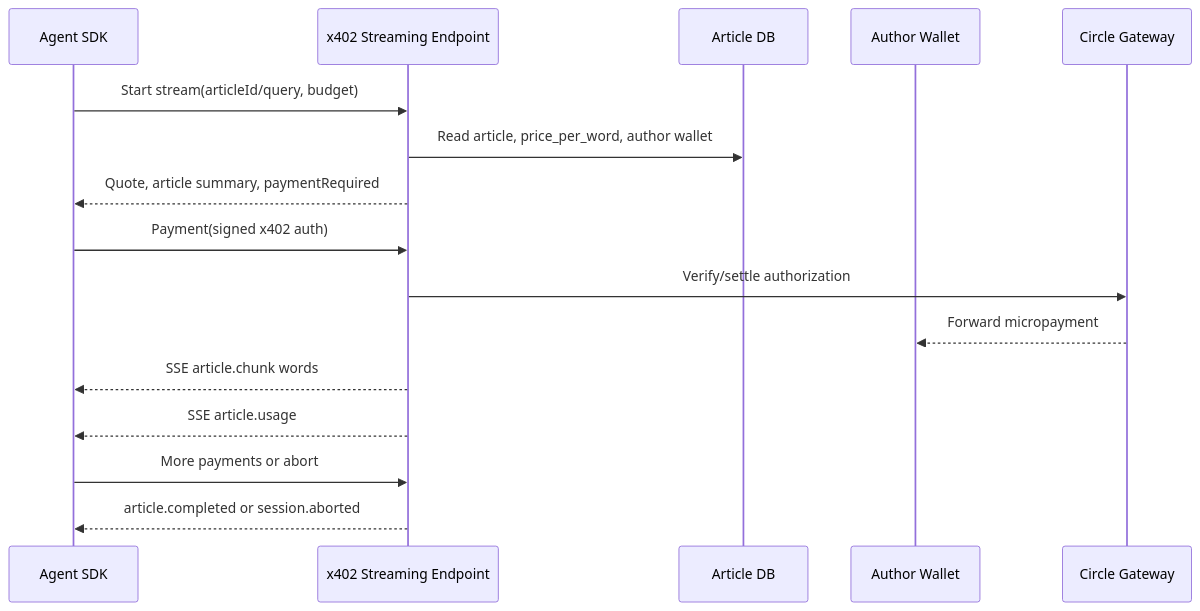
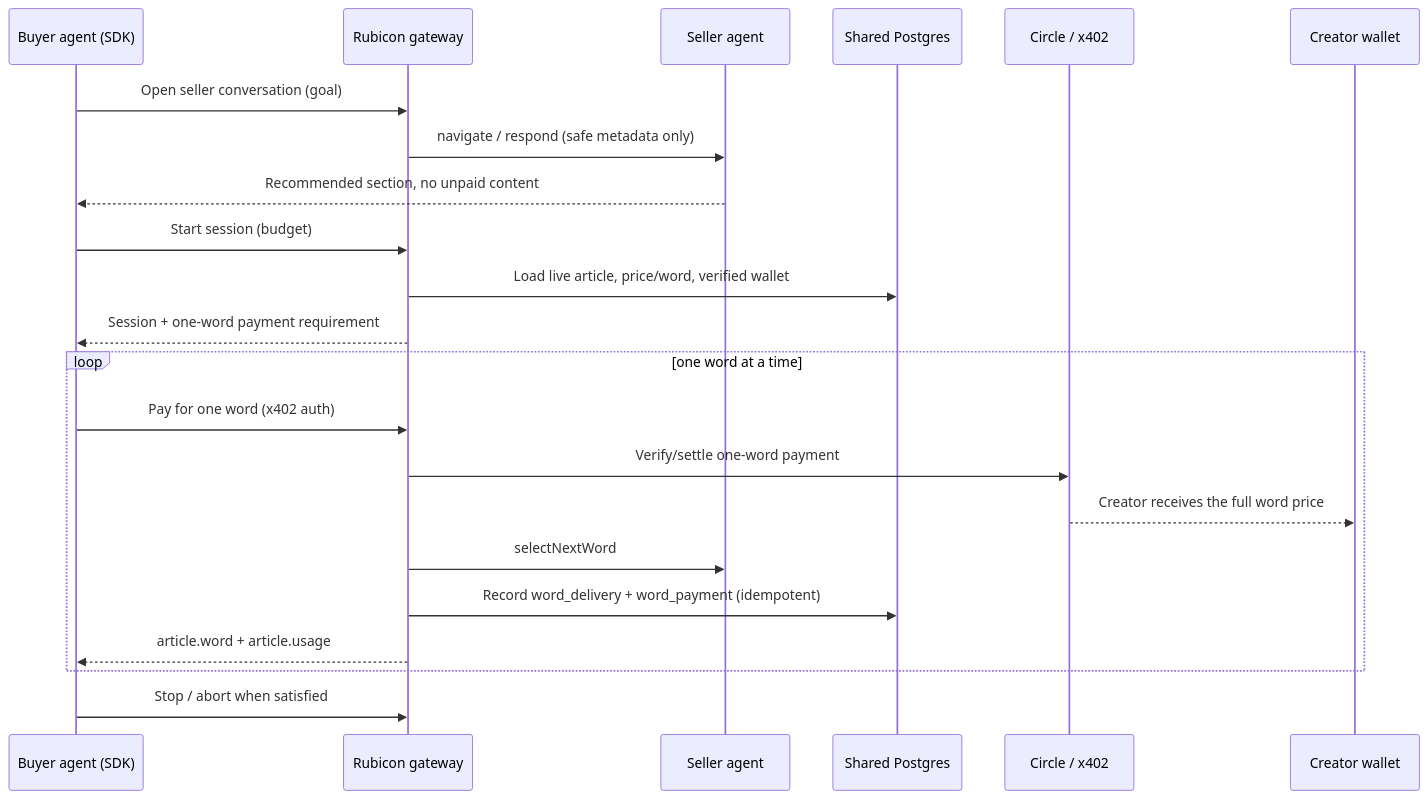
Before and after one commit to michaelzoub/rubicon: the diagram in docs/architecture.md, drawn with Mermaid. The commit also changed other lines of this file and 30 other files, not shown here.

Commit message:
feat: meter and charge per individual word, zero gateway fee

````diff
--- a/docs/architecture.md
+++ b/docs/architecture.md
@@ -8,19 +15,25 @@
 ```mermaid
 sequenceDiagram
-  participant A as Agent SDK
-  participant G as x402 Streaming Endpoint
-  participant D as Article DB
-  participant W as Author Wallet
-  participant C as Circle Gateway
+  participant B as Buyer agent (SDK)
+  participant G as Rubicon gateway
+  participant S as Seller agent
+  participant D as Shared Postgres
+  participant C as Circle / x402
+  participant W as Creator wallet
 
-  A->>G: Start stream(articleId/query, budget)
-  G->>D: Read article, price_per_word, author wallet
-  G-->>A: Quote, article summary, paymentRequired
-  A->>G: Payment(signed x402 auth)
-  G->>C: Verify/settle authorization
-  C-->>W: Forward micropayment
-  G-->>A: SSE article.chunk words
-  G-->>A: SSE article.usage
-  A->>G: More payments or abort
-  G-->>A: article.completed or session.aborted
+  B->>G: Open seller conversation (goal)
+  G->>S: navigate / respond (safe metadata only)
+  S-->>B: Recommended section, no unpaid content
+  B->>G: Start session (budget)
+  G->>D: Load live article, price/word, verified wallet
+  G-->>B: Session + one-word payment requirement
+  loop one word at a time
+    B->>G: Pay for one word (x402 auth)
+    G->>C: Verify/settle one-word payment
+    C-->>W: Creator receives the full word price
+    G->>S: selectNextWord
+    G->>D: Record word_delivery + word_payment (idempotent)
+    G-->>B: article.word + article.usage
+  end
+  B->>G: Stop / abort when satisfied
 ```
````
